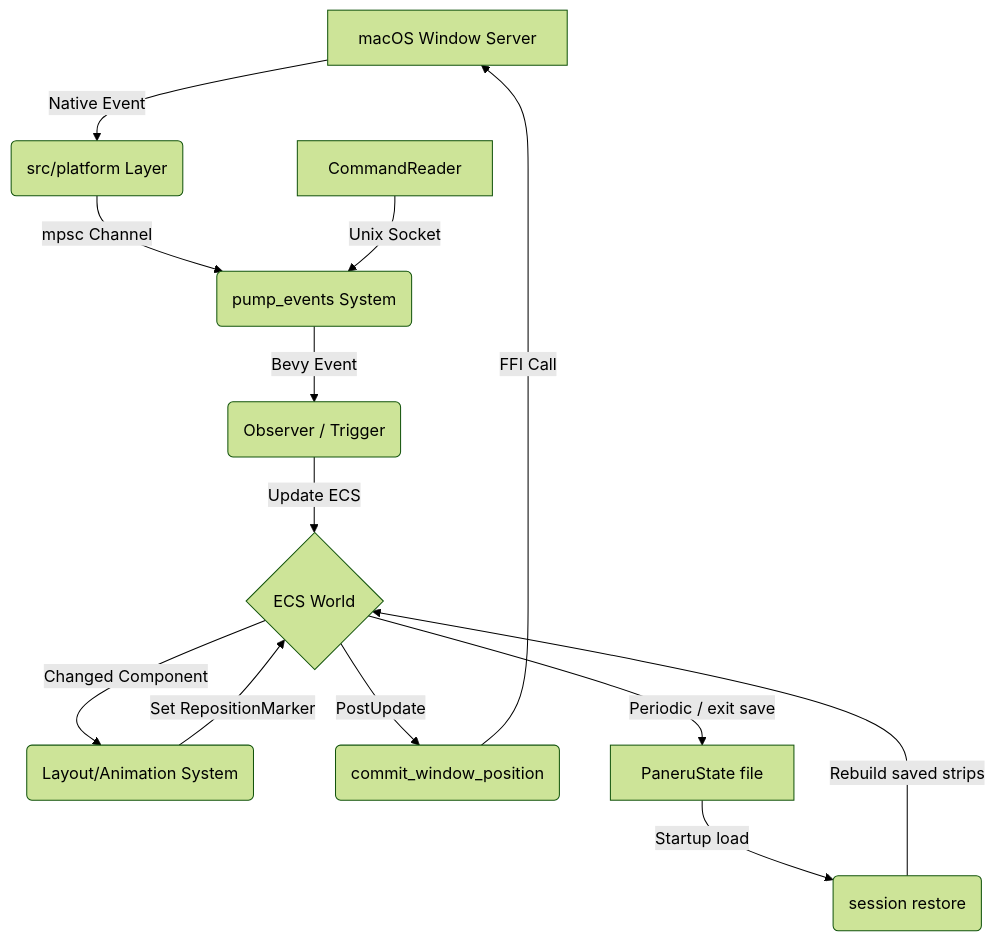
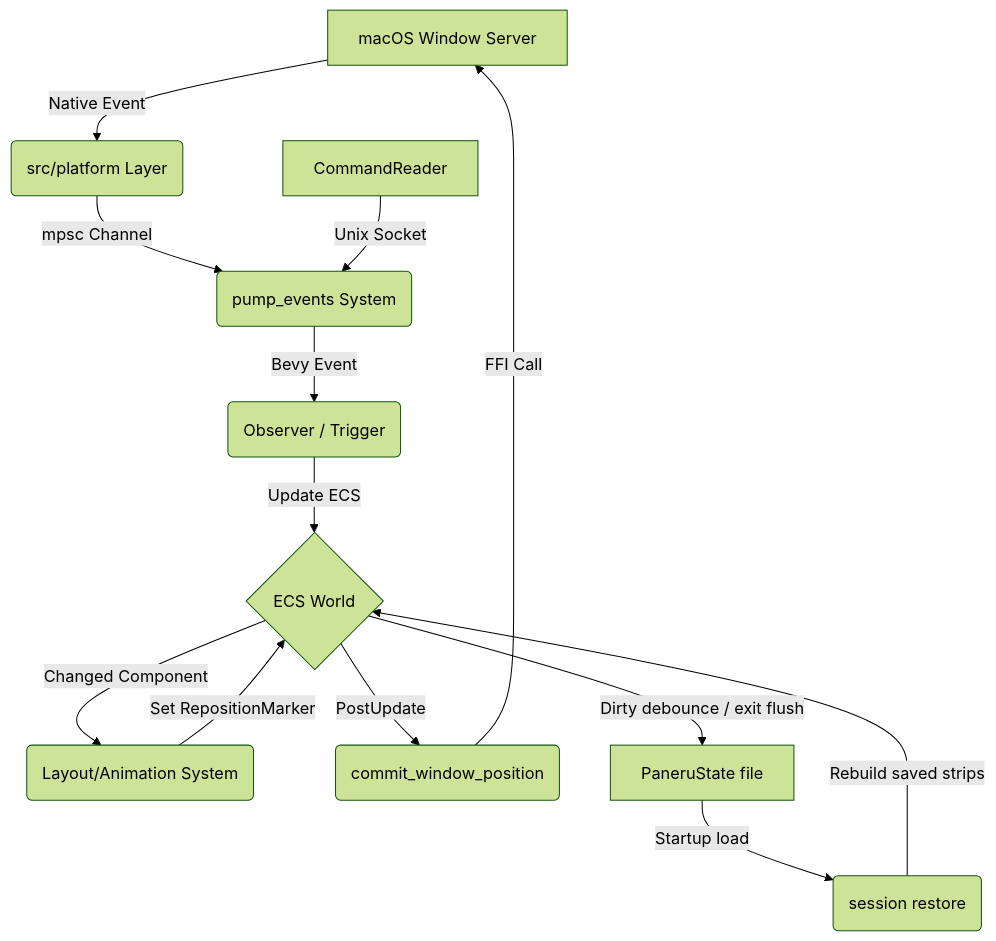
One commit to karinushka/paneru changed the diagram in ARCHITECTURE.md. Above: the diagram before and after it, drawn with Mermaid (forest theme). The commit also changed other lines of this file and 31 other files, not shown here.

````diff
--- a/ARCHITECTURE.md
+++ b/ARCHITECTURE.md
@@ -110,15 +116,15 @@
 ```mermaid
 graph TD
     A[macOS Window Server] -->|Native Event| B(src/platform Layer)
     B -->|mpsc Channel| C(pump_events System)
     C -->|Bevy Event| D(Observer / Trigger)
     D -->|Update ECS| E{ECS World}
     E -->|Changed Component| F(Layout/Animation System)
     F -->|Set RepositionMarker| E
     E -->|PostUpdate| G(commit_window_position)
     G -->|FFI Call| A
     H[CommandReader] -->|Unix Socket| C
     S[PaneruState file] -->|Startup load| R(session restore)
     R -->|Rebuild saved strips| E
-    E -->|Periodic / exit save| S
+    E -->|Dirty debounce / exit flush| S
 ```
````
